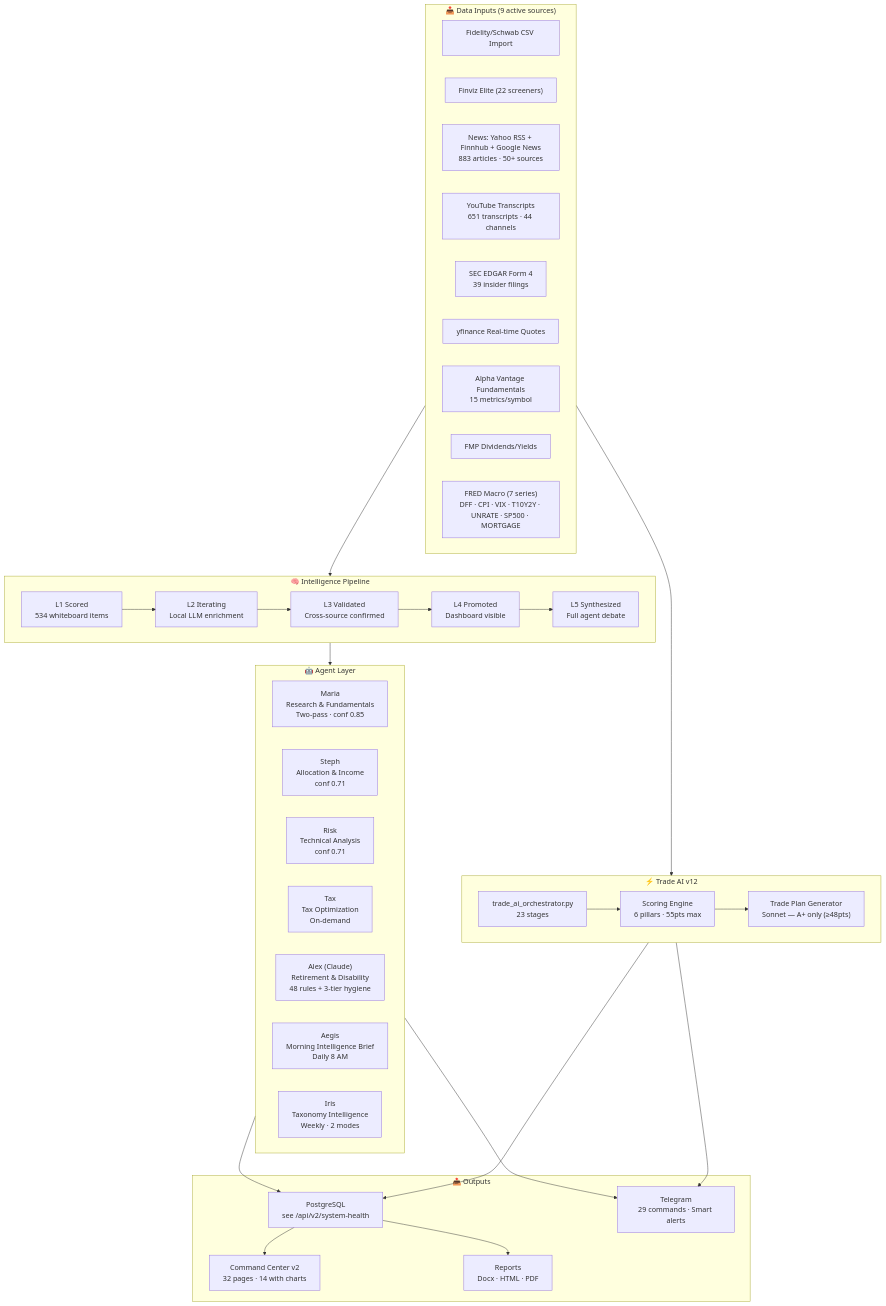
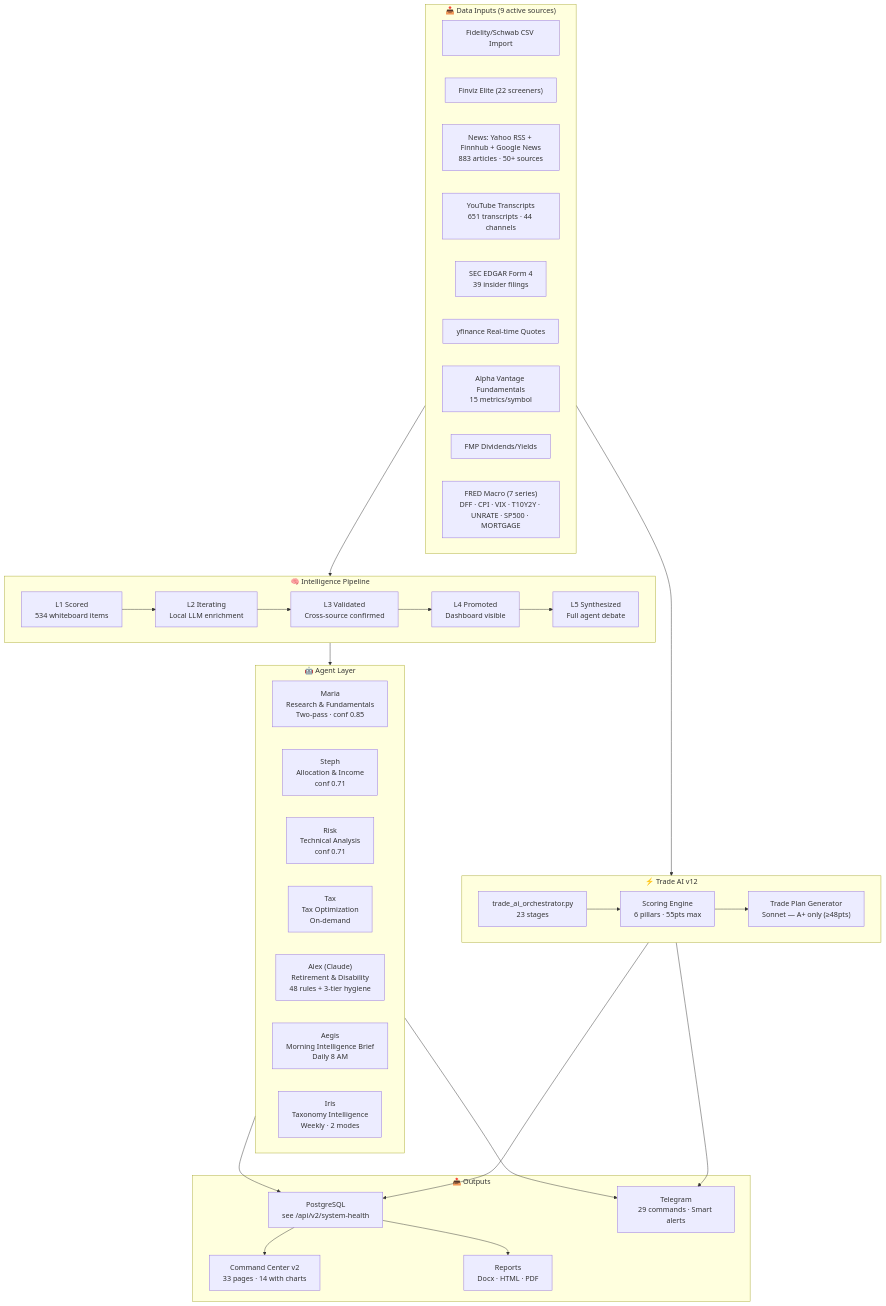
One commit to PatsKiller/tardeai changed the first of 6 diagrams in docs/project/TRADE_AI_V12_SYSTEM_BIBLE_V3.md. Above: the diagram before and after it, drawn with Mermaid. The commit also changed other lines of this file and 6 other files, not shown here.

````diff
--- a/docs/project/TRADE_AI_V12_SYSTEM_BIBLE_V3.md
+++ b/docs/project/TRADE_AI_V12_SYSTEM_BIBLE_V3.md
@@ -60,57 +60,57 @@
 ```mermaid
 graph TB
     subgraph INPUTS["📥 Data Inputs (9 active sources)"]
         CSV["Fidelity/Schwab CSV Import"]
         FINVIZ["Finviz Elite (22 screeners)"]
         NEWS["News: Yahoo RSS + Finnhub + Google News\n883 articles · 50+ sources"]
         YT["YouTube Transcripts\n651 transcripts · 44 channels"]
         SEC["SEC EDGAR Form 4\n39 insider filings"]
         YFINANCE["yfinance Real-time Quotes"]
         AV["Alpha Vantage Fundamentals\n15 metrics/symbol"]
         FMP["FMP Dividends/Yields"]
         FRED["FRED Macro (7 series)\nDFF · CPI · VIX · T10Y2Y · UNRATE · SP500 · MORTGAGE"]
     end
 
     subgraph TRADEAI["⚡ Trade AI v12"]
         ORCH["trade_ai_orchestrator.py\n23 stages"]
         SCORE["Scoring Engine\n6 pillars · 55pts max"]
         TPLAN["Trade Plan Generator\nSonnet — A+ only (≥48pts)"]
         ORCH --> SCORE --> TPLAN
     end
 
     subgraph INTEL["🧠 Intelligence Pipeline"]
         L1["L1 Scored\n534 whiteboard items"]
         L2["L2 Iterating\nLocal LLM enrichment"]
         L3["L3 Validated\nCross-source confirmed"]
         L4["L4 Promoted\nDashboard visible"]
         L5["L5 Synthesized\nFull agent debate"]
         L1 --> L2 --> L3 --> L4 --> L5
     end
 
     subgraph AGENTS["🤖 Agent Layer"]
         MARIA["Maria\nResearch & Fundamentals\nTwo-pass · conf 0.85"]
         STEPH["Steph\nAllocation & Income\nconf 0.71"]
         RISK["Risk\nTechnical Analysis\nconf 0.71"]
         TAX["Tax\nTax Optimization\nOn-demand"]
         ALEX["Alex (Claude)\nRetirement & Disability\n48 rules + 3-tier hygiene"]
         AEGIS["Aegis\nMorning Intelligence Brief\nDaily 8 AM"]
         IRIS["Iris\nTaxonomy Intelligence\nWeekly · 2 modes"]
     end
 
     subgraph OUTPUTS["📤 Outputs"]
         DB["PostgreSQL\nsee /api/v2/system-health"]
-        DASH["Command Center v2\n32 pages · 14 with charts"]
+        DASH["Command Center v2\n33 pages · 14 with charts"]
         TG["Telegram\n29 commands · Smart alerts"]
         REPORTS["Reports\nDocx · HTML · PDF"]
     end
 
     INPUTS --> TRADEAI
     INPUTS --> INTEL
     INTEL --> AGENTS
     AGENTS --> DB
     AGENTS --> TG
     DB --> DASH
     DB --> REPORTS
     TRADEAI --> DB
     TRADEAI --> TG
 ```
````
